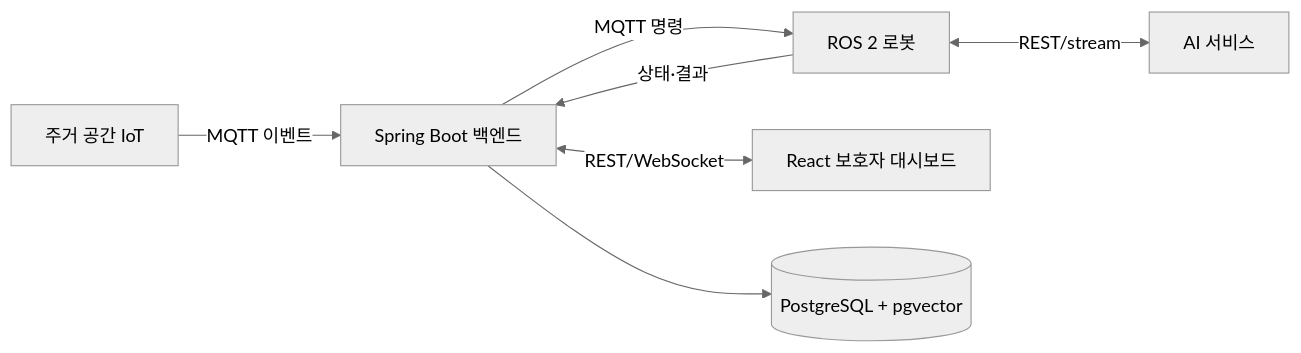
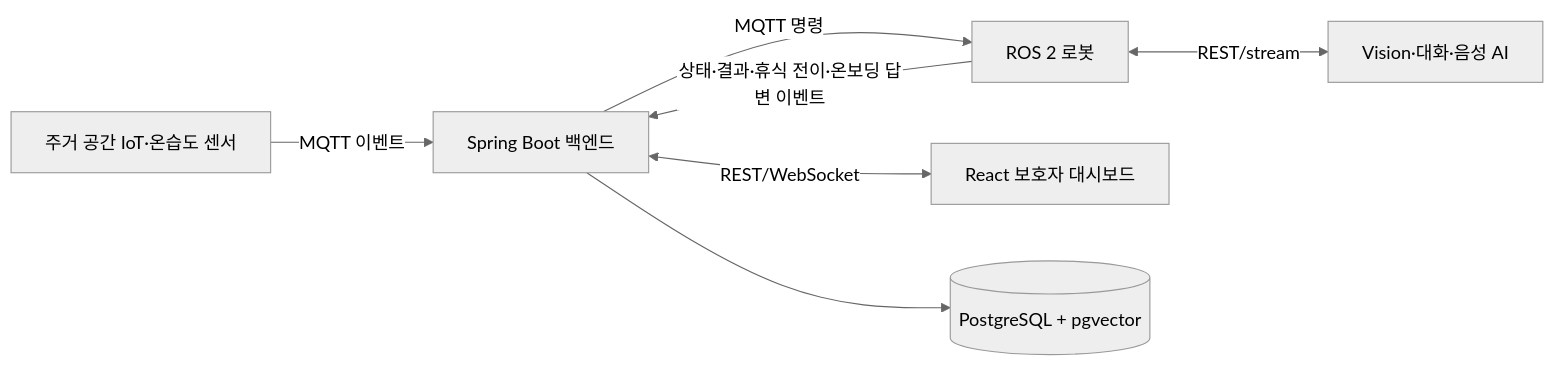
Before and after one commit to bomi-aiot/BOMI: the diagram in docs/architecture/system-overview.md, drawn with Mermaid (neutral theme). The commit also changed other lines of this file and 22 other files, not shown here.

Commit message:
[DB](문서): [S15P11E102-84] 온보딩·휴식·온습도 데이터 설계 반영 및 컬럼정의서

````diff
--- a/docs/architecture/system-overview.md
+++ b/docs/architecture/system-overview.md
@@ -5,9 +5,9 @@
 ```mermaid
 flowchart LR
-  IoT["주거 공간 IoT"] -->|MQTT 이벤트| BE["Spring Boot 백엔드"]
+  IoT["주거 공간 IoT·온습도 센서"] -->|MQTT 이벤트| BE["Spring Boot 백엔드"]
   BE -->|MQTT 명령| Robot["ROS 2 로봇"]
-  Robot -->|상태·결과| BE
-  Robot <-->|REST/stream| AI["AI 서비스"]
+  Robot -->|상태·결과·휴식 전이·온보딩 답변 이벤트| BE
+  Robot <-->|REST/stream| AI["Vision·대화·음성 AI"]
   BE <-->|REST/WebSocket| FE["React 보호자 대시보드"]
   BE --> DB[(PostgreSQL + pgvector)]
 ```
````
